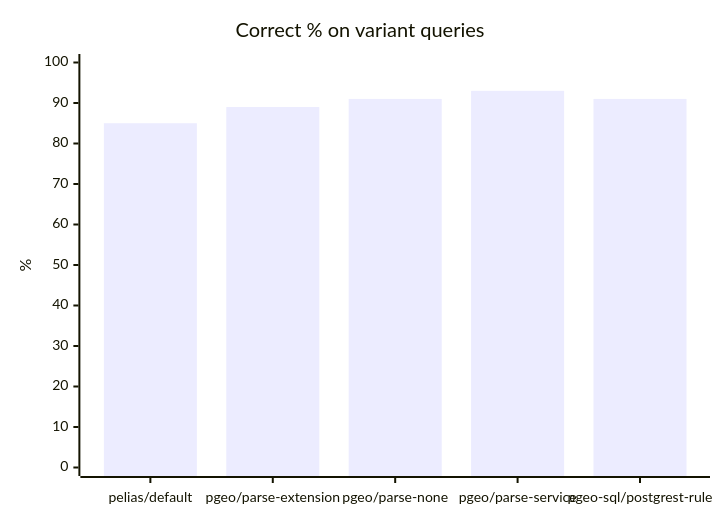
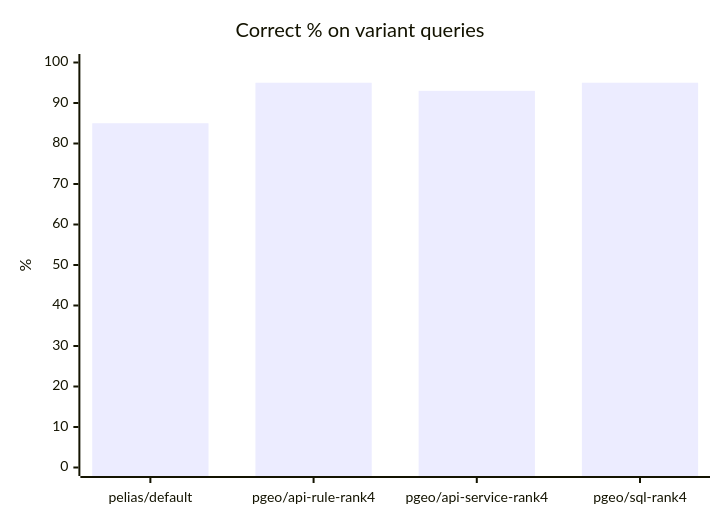
One commit to johnzastrow/pgeo changed the third of 6 diagrams in docs/ACCURACY_RESULTS.md. Above: the diagram before and after it, drawn with Mermaid. The commit also changed other lines of this file and 5 other files, not shown here.

````diff
--- a/docs/ACCURACY_RESULTS.md
+++ b/docs/ACCURACY_RESULTS.md
@@ -101,7 +90,7 @@
 ```mermaid
 xychart-beta
     title "Correct % on variant queries"
-    x-axis ["pelias/default", "pgeo/parse-extension", "pgeo/parse-none", "pgeo/parse-service", "pgeo-sql/postgrest-rule"]
+    x-axis ["pelias/default", "pgeo/api-rule-rank4", "pgeo/api-service-rank4", "pgeo/sql-rank4"]
     y-axis "%" 0 --> 100
-    bar [85, 89, 91, 93, 91]
+    bar [85, 95, 93, 95]
 ```
````
